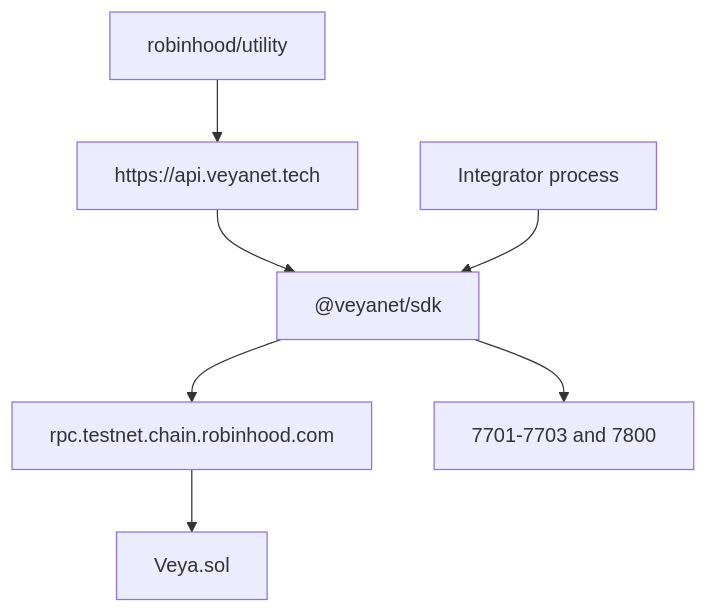
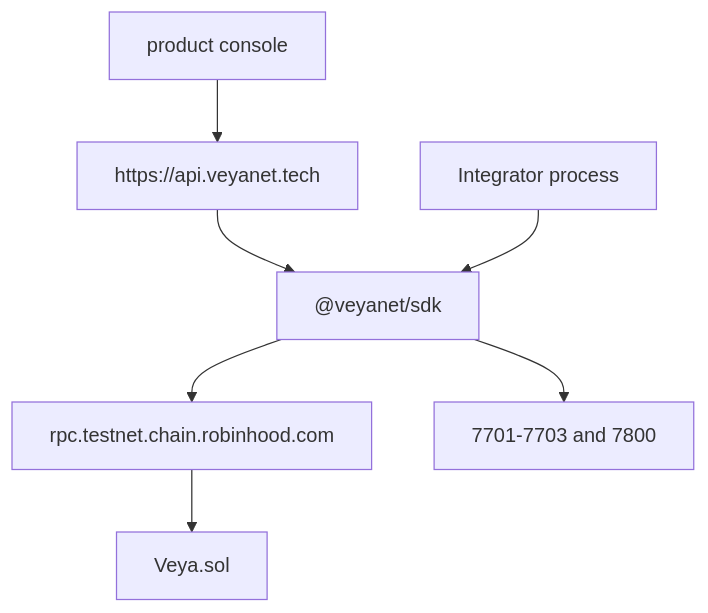
Diagram 11 of 13 in docs/ARCHITECTURE.md (veyanet/veya-sdk), drawn with Mermaid before and after one commit. The commit also changed other lines of this file, not shown here.

Commit message:
docs(architecture): refresh robinhood trust boundaries

````diff
--- a/docs/ARCHITECTURE.md
+++ b/docs/ARCHITECTURE.md
@@ -744,9 +744,9 @@
 ```mermaid
 flowchart TB
-    Dash["robinhood/utility"] --> API["https://api.veyanet.tech"]
+    Dash["product console"] --> API["https://api.veyanet.tech"]
     API --> SDK["@veyanet/sdk"]
     Integrator["Integrator process"] --> SDK
     SDK --> RPC["rpc.testnet.chain.robinhood.com"]
     SDK --> Nodes["7701-7703 and 7800"]
     RPC --> Contract["Veya.sol"]
 ```
````
